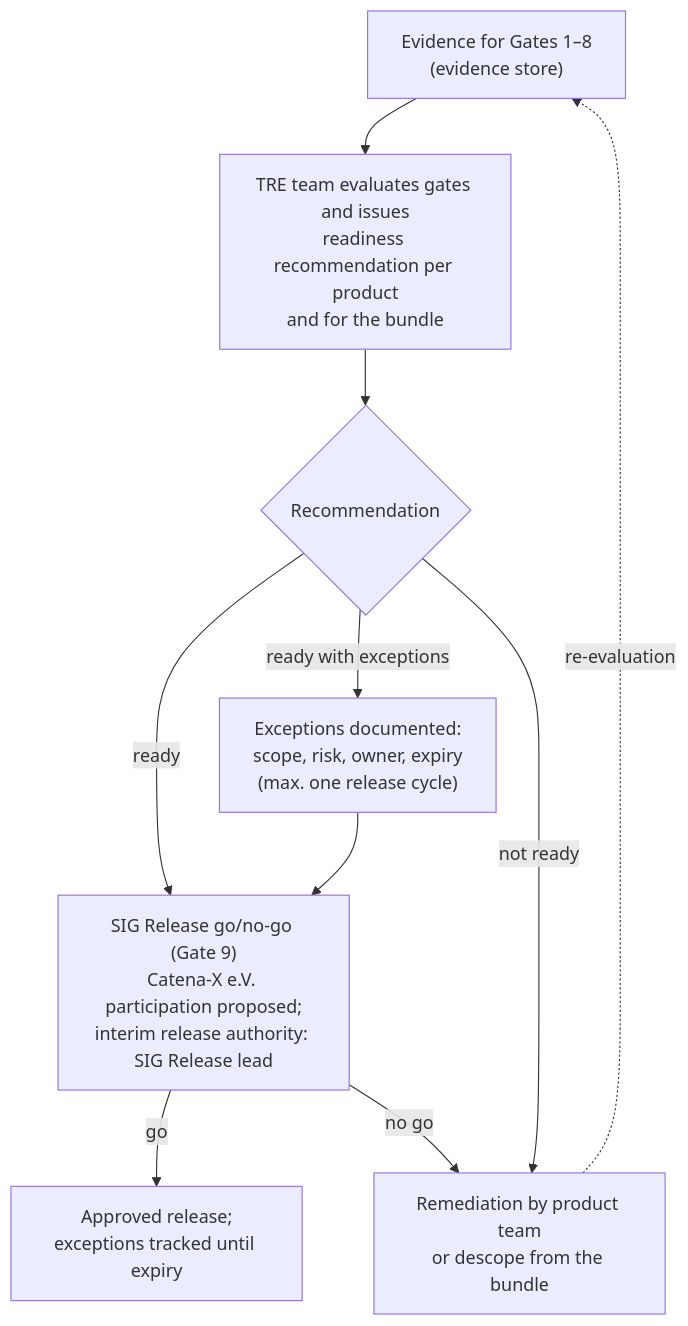
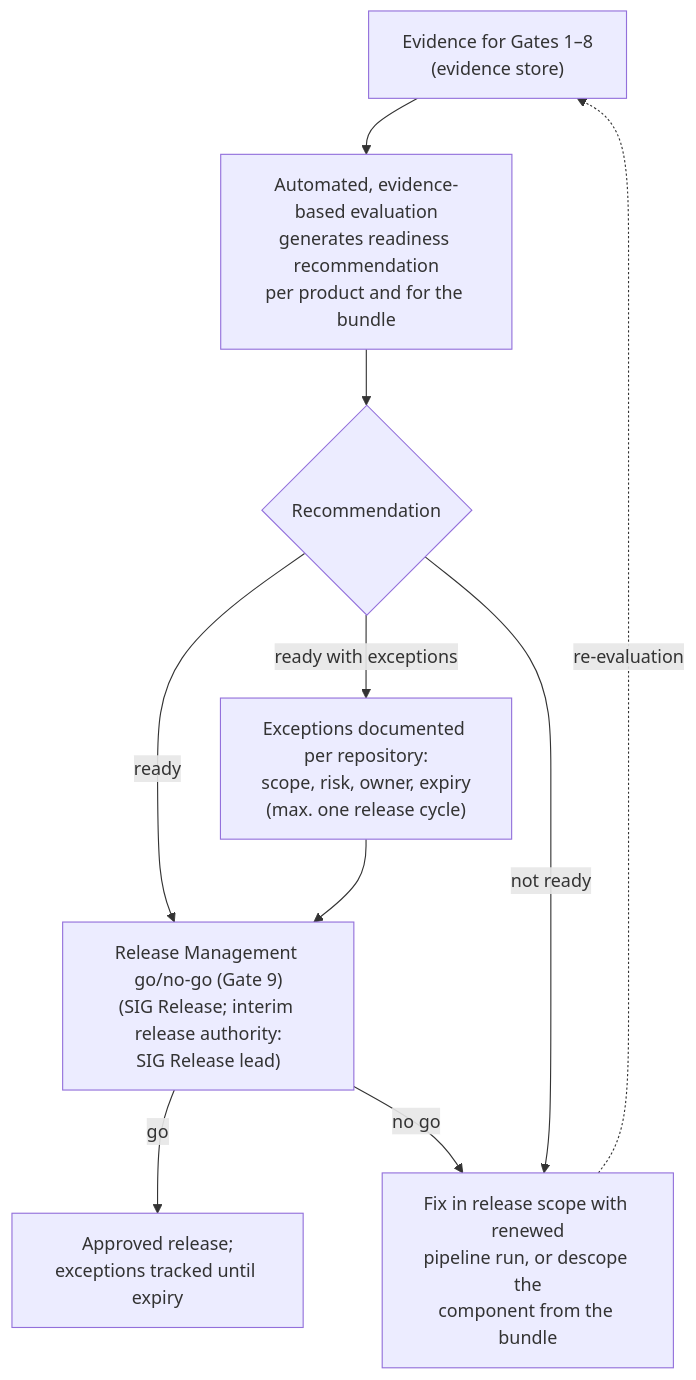
The third of 7 diagrams in docs/technical-release-engineering.md (eclipse-tractusx/sig-release), drawn with Mermaid before and after one commit. The commit also changed other lines of this file, not shown here.

Commit message:
docs: add technical release engineering concept

````diff
--- a/docs/technical-release-engineering.md
+++ b/docs/technical-release-engineering.md
@@ -410,12 +418,12 @@
 ```mermaid
 flowchart TB
-    EV["Evidence for Gates 1–8<br/>(evidence store)"] --> TRE["TRE team evaluates gates and issues<br/>readiness recommendation per product<br/>and for the bundle"]
+    EV["Evidence for Gates 1–8<br/>(evidence store)"] --> TRE["Automated, evidence-based evaluation<br/>generates readiness recommendation<br/>per product and for the bundle"]
     TRE --> REC{"Recommendation"}
-    REC -->|"ready"| SIG["SIG Release go/no-go (Gate 9)<br/>Catena-X e.V. participation proposed;<br/>interim release authority: SIG Release lead"]
-    REC -->|"ready with exceptions"| EXC["Exceptions documented:<br/>scope, risk, owner, expiry<br/>(max. one release cycle)"]
+    REC -->|"ready"| SIG["Release Management go/no-go (Gate 9)<br/>(SIG Release; interim release authority:<br/>SIG Release lead)"]
+    REC -->|"ready with exceptions"| EXC["Exceptions documented per repository:<br/>scope, risk, owner, expiry<br/>(max. one release cycle)"]
     EXC --> SIG
-    REC -->|"not ready"| FIX["Remediation by product team<br/>or descope from the bundle"]
+    REC -->|"not ready"| FIX["Fix in release scope with renewed<br/>pipeline run, or descope the<br/>component from the bundle"]
     SIG -->|"go"| GO["Approved release;<br/>exceptions tracked until expiry"]
     SIG -->|"no go"| FIX
     FIX -.->|"re-evaluation"| EV
 ```
````
